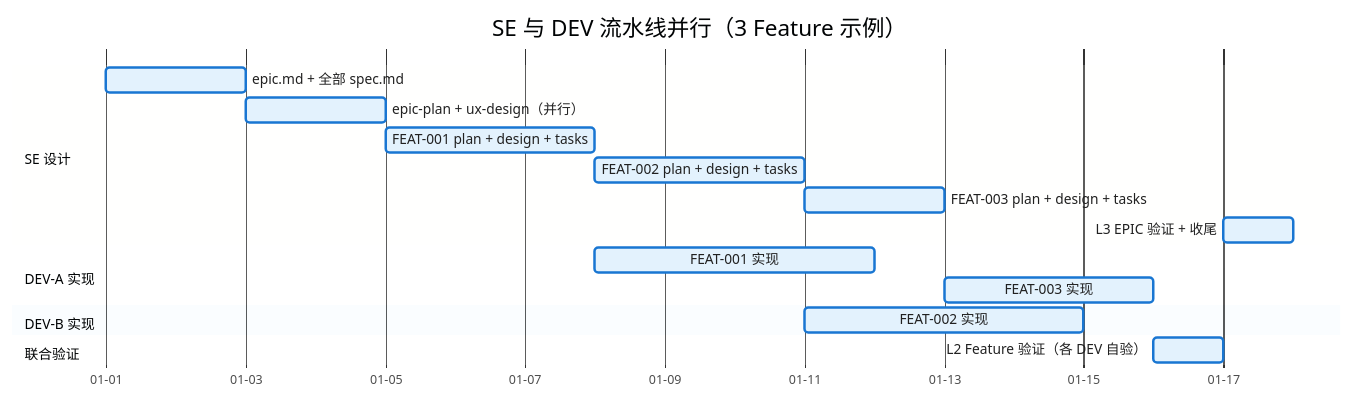
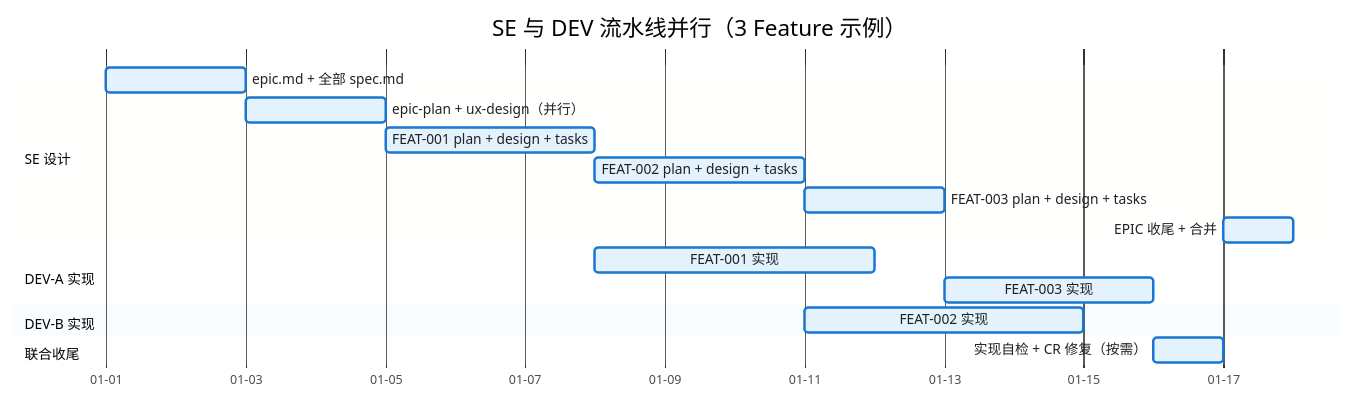
The sixth of 8 diagrams in docs/aisdd/workflow-overview.md (jackykarma/Verity), drawn with Mermaid before and after one commit. The commit also changed other lines of this file and 53 other files, not shown here.

````diff
--- a/docs/aisdd/workflow-overview.md
+++ b/docs/aisdd/workflow-overview.md
@@ -337,25 +333,25 @@
 ```mermaid
 %%{init: {'theme': 'base', 'themeVariables': { 'primaryColor': '#E3F2FD', 'primaryTextColor': '#212121', 'primaryBorderColor': '#1976D2', 'lineColor': '#546E7A'}}}%%
 gantt
     title SE 与 DEV 流水线并行（3 Feature 示例）
     dateFormat  YYYY-MM-DD
     axisFormat  %m-%d
 
     section SE 设计
     epic.md + 全部 spec.md           :se1, 2026-01-01, 2d
     epic-plan + ux-design（并行）    :se2, after se1, 2d
     FEAT-001 plan + design + tasks   :se3, after se2, 3d
     FEAT-002 plan + design + tasks   :se4, after se3, 3d
     FEAT-003 plan + design + tasks   :se5, after se4, 2d
-    L3 EPIC 验证 + 收尾              :se6, after dev3, 1d
+    EPIC 收尾 + 合并                  :se6, after dev3, 1d
 
     section DEV-A 实现
     FEAT-001 实现                     :dev1, after se3, 4d
     FEAT-003 实现                     :dev1b, after se5, 3d
 
     section DEV-B 实现
     FEAT-002 实现                     :dev2, after se4, 4d
 
-    section 联合验证
-    L2 Feature 验证（各 DEV 自验）    :dev3, after dev1b, 1d
+    section 联合收尾
+    实现自检 + CR 修复（按需）        :dev3, after dev1b, 1d
 ```
````
